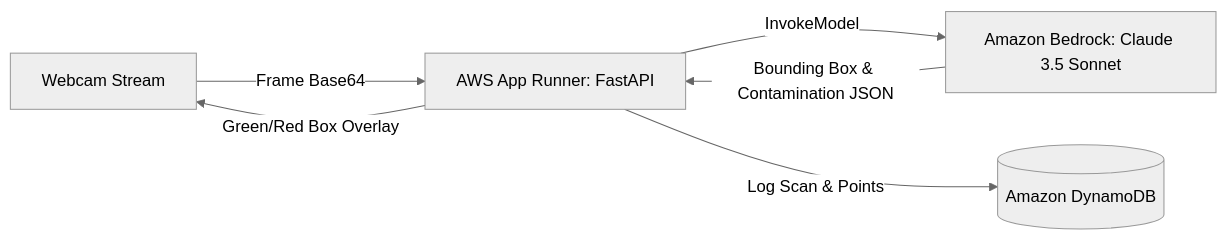
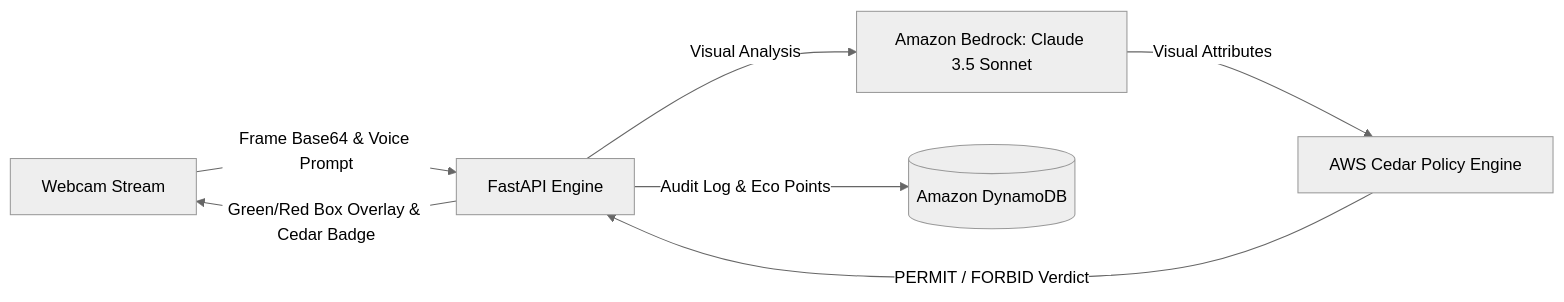
One commit to rawatdevesh2008/Sankalp-Squad changed the diagram in README.md. Above: the diagram before and after it, drawn with Mermaid (neutral theme). The commit also changed other lines of this file and 14 other files, not shown here.

Commit message:
feat: add ShieldBin AI Copilot, AWS Cedar statutory policy engine, and streamline UI

````diff
--- a/README.md
+++ b/README.md
@@ -24,8 +29,9 @@
 ```mermaid
 graph LR
-    A[Webcam Stream] -->|Frame Base64| B[AWS App Runner: FastAPI]
-    B -->|InvokeModel| C[Amazon Bedrock: Claude 3.5 Sonnet]
-    C -->|Bounding Box & Contamination JSON| B
-    B -->|Log Scan & Points| D[(Amazon DynamoDB)]
-    B -->|Green/Red Box Overlay| A
+    A[Webcam Stream] -->|Frame Base64 & Voice Prompt| B[FastAPI Engine]
+    B -->|Visual Analysis| C[Amazon Bedrock: Claude 3.5 Sonnet]
+    C -->|Visual Attributes| D[AWS Cedar Policy Engine]
+    D -->|PERMIT / FORBID Verdict| B
+    B -->|Audit Log & Eco Points| E[(Amazon DynamoDB)]
+    B -->|Green/Red Box Overlay & Cedar Badge| A
 ```
````
